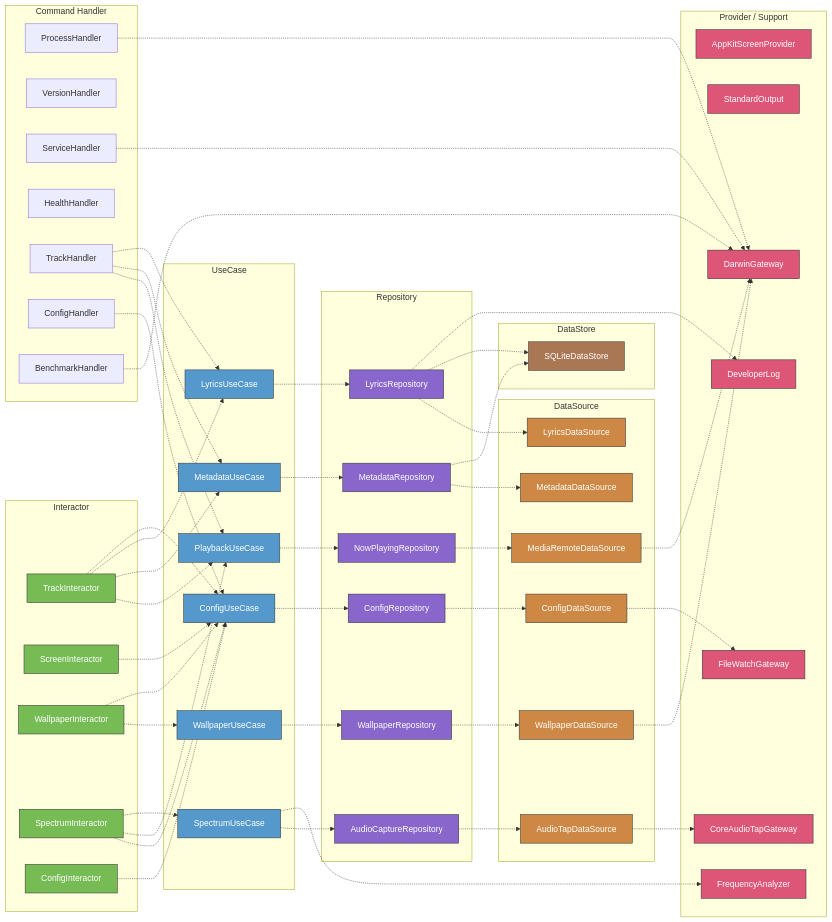
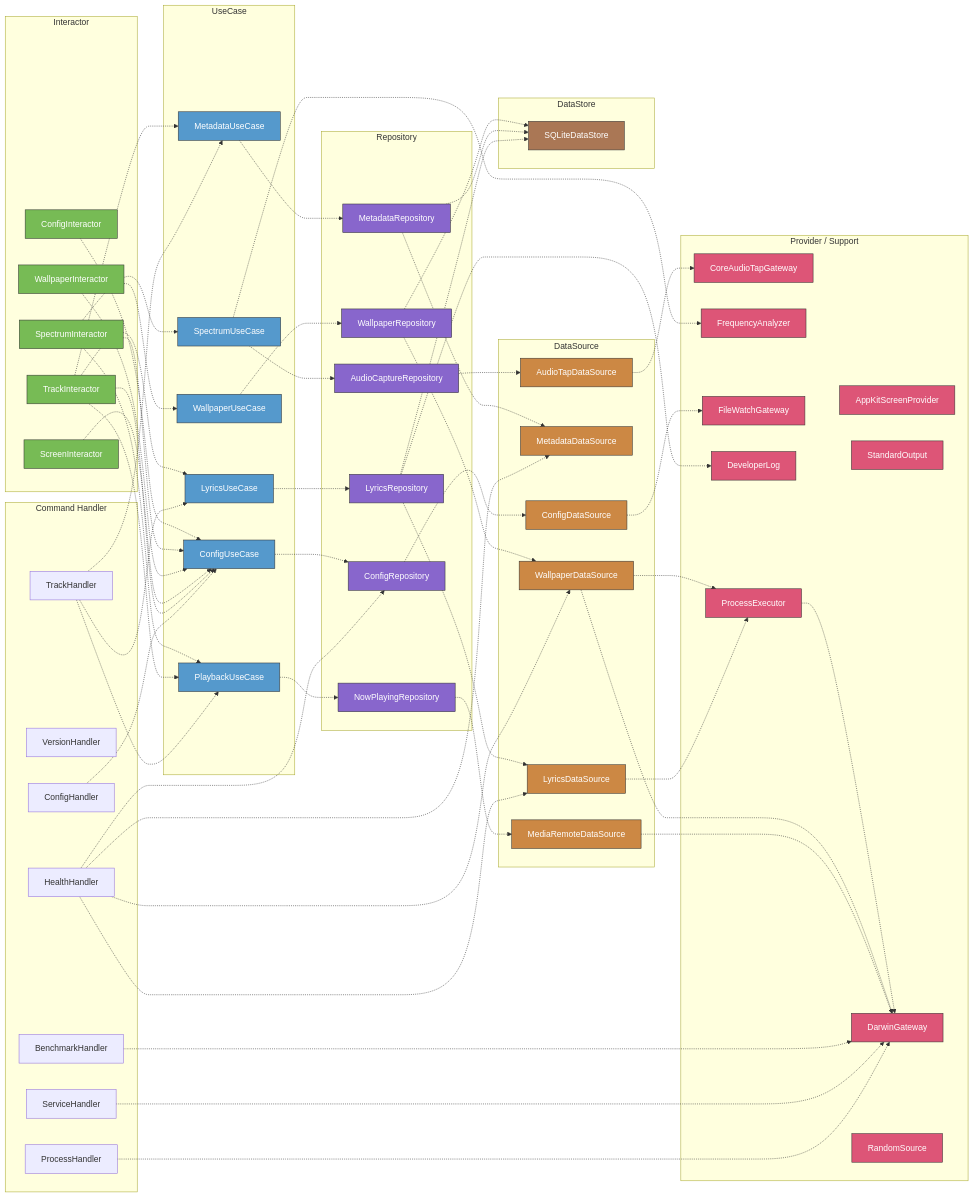
Before and after one commit to GeneralD/lyra: the second of 3 diagrams in docs/ARCHITECTURE.md, drawn with Mermaid. The commit also changed other lines of this file and 20 other files, not shown here.

````diff
--- a/docs/ARCHITECTURE.md
+++ b/docs/ARCHITECTURE.md
@@ -148,6 +148,8 @@
         FrequencyAnalyzer[FrequencyAnalyzer]
         FileWatchGateway[FileWatchGateway]
         DeveloperLog[DeveloperLog]
+        ProcessExecutor[ProcessExecutor]
+        RandomSource[RandomSource]
     end
 
     subgraph DataStore
@@ -159,6 +161,7 @@
     ProcessHandler -.-> DarwinGateway
     ServiceHandler -.-> DarwinGateway
     BenchmarkHandler -.-> DarwinGateway
+    HealthHandler -.-> LyricsDataSource & MetadataDataSource & WallpaperDataSource & ConfigRepository
     TrackInteractor -.-> PlaybackUseCase & MetadataUseCase & LyricsUseCase & ConfigUseCase
     ScreenInteractor -.-> ConfigUseCase
     WallpaperInteractor -.-> WallpaperUseCase & ConfigUseCase
@@ -176,9 +179,12 @@
     MetadataUseCase -.-> MetadataRepository
     MetadataRepository -.-> MetadataDataSource & SQLiteDataStore
     WallpaperUseCase -.-> WallpaperRepository
-    WallpaperRepository -.-> WallpaperDataSource
+    WallpaperRepository -.-> WallpaperDataSource & SQLiteDataStore
     MediaRemoteDataSource -.-> DarwinGateway
     WallpaperDataSource -.-> DarwinGateway
+    LyricsDataSource -.-> ProcessExecutor
+    WallpaperDataSource -.-> ProcessExecutor
+    ProcessExecutor -.-> DarwinGateway
     ConfigDataSource -.-> FileWatchGateway
     AudioTapDataSource -.-> CoreAudioTapGateway
 
@@ -212,5 +218,7 @@
     style FrequencyAnalyzer fill:#d57,stroke:#333,color:#fff
     style FileWatchGateway fill:#d57,stroke:#333,color:#fff
     style DeveloperLog fill:#d57,stroke:#333,color:#fff
+    style ProcessExecutor fill:#d57,stroke:#333,color:#fff
+    style RandomSource fill:#d57,stroke:#333,color:#fff
     style SQLiteDataStore fill:#a75,stroke:#333,color:#fff
 ```
````
